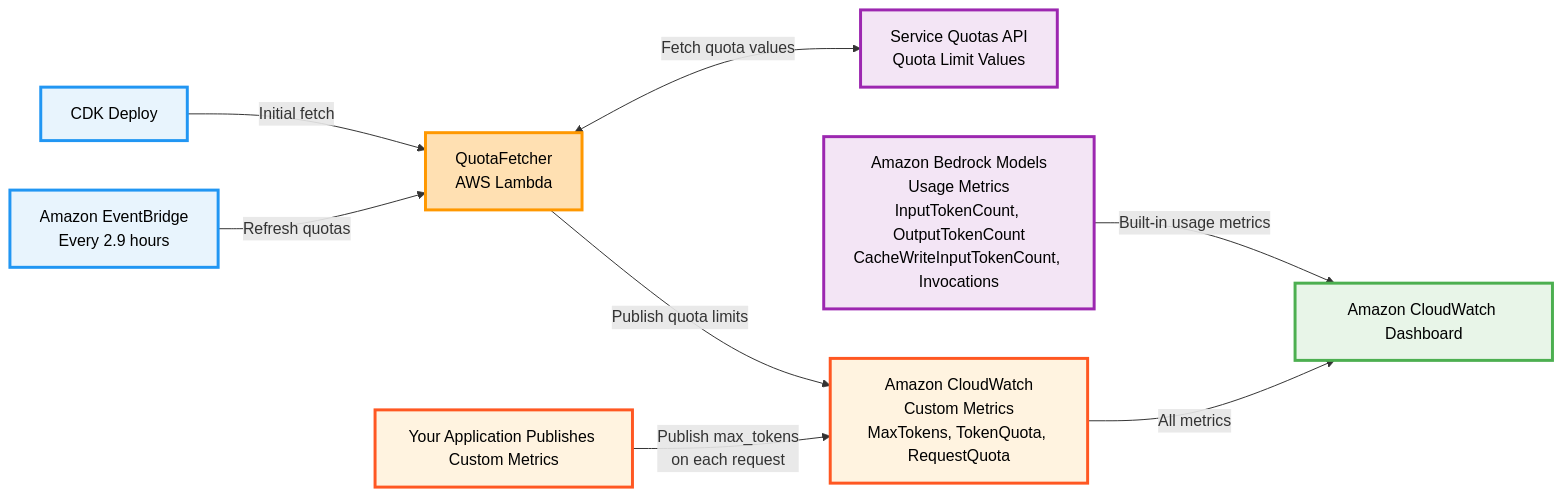
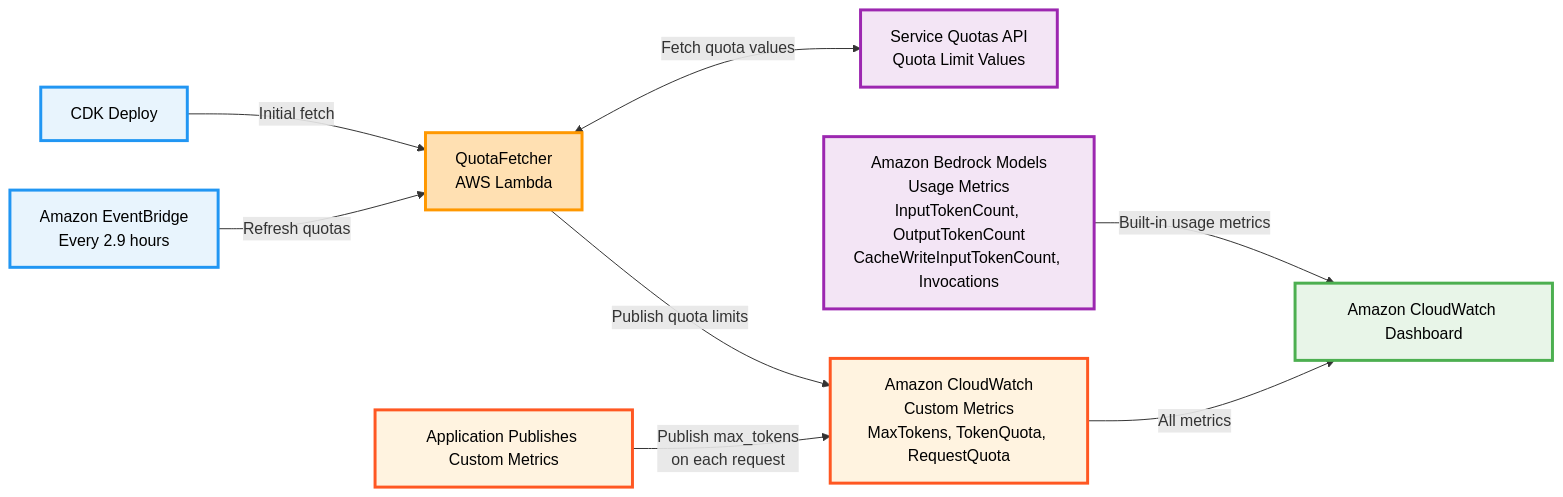
Before and after one commit to Kilo-Org/aws-bedrock-o11y: the diagram in README.md, drawn with Mermaid. The commit also changed other lines of this file, not shown here.

````diff
--- a/README.md
+++ b/README.md
@@ -285,46 +291,46 @@
 ```mermaid
 graph LR
     %% Triggers
     DEPLOY[CDK Deploy]
     SCHEDULE[Amazon EventBridge<br/>Every 2.9 hours]
     
     %% Core Function
     LAMBDA[QuotaFetcher<br/>AWS Lambda]
     
     %% Data Sources
     QUOTAS[Service Quotas API<br/>Quota Limit Values]
     BEDROCK[Amazon Bedrock Models<br/>Usage Metrics<br/>InputTokenCount, OutputTokenCount<br/>CacheWriteInputTokenCount, Invocations]
     
     %% Custom Metrics Source
-    APP[Your Application Publishes Custom Metrics]
+    APP[Application Publishes Custom Metrics]
     
     %% CloudWatch Metrics
     CW_CUSTOM[Amazon CloudWatch<br/>Custom Metrics<br/>MaxTokens, TokenQuota, RequestQuota]
     
     %% Output
     DASHBOARD[Amazon CloudWatch Dashboard]
     
     %% Flow - Quota Management
     DEPLOY -->|Initial fetch| LAMBDA
     SCHEDULE -->|Refresh quotas| LAMBDA
     LAMBDA <-->|Fetch quota values| QUOTAS
     LAMBDA -->|Publish quota limits| CW_CUSTOM
     
     %% Flow - Usage Tracking
     BEDROCK -->|Built-in usage metrics| DASHBOARD
     APP -->|Publish max_tokens<br/>on each request| CW_CUSTOM
     CW_CUSTOM -->|All metrics| DASHBOARD
     
     %% Improved Styling for Better Readability
     classDef trigger fill:#E8F4FD,stroke:#2196F3,stroke-width:3px,color:#000
     classDef lambda fill:#FFE0B2,stroke:#FF9800,stroke-width:3px,color:#000
     classDef data fill:#F3E5F5,stroke:#9C27B0,stroke-width:3px,color:#000
     classDef custom fill:#FFF3E0,stroke:#FF5722,stroke-width:3px,color:#000
     classDef output fill:#E8F5E8,stroke:#4CAF50,stroke-width:3px,color:#000
     
     class DEPLOY,SCHEDULE trigger
     class LAMBDA lambda
     class QUOTAS,BEDROCK data
     class APP,CW_CUSTOM custom
     class DASHBOARD output
 ```
````
